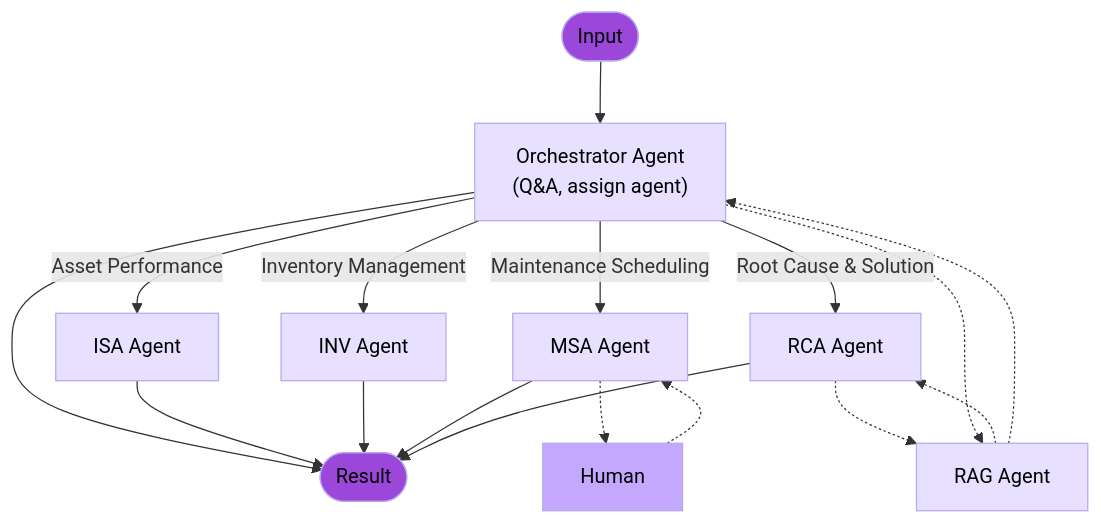
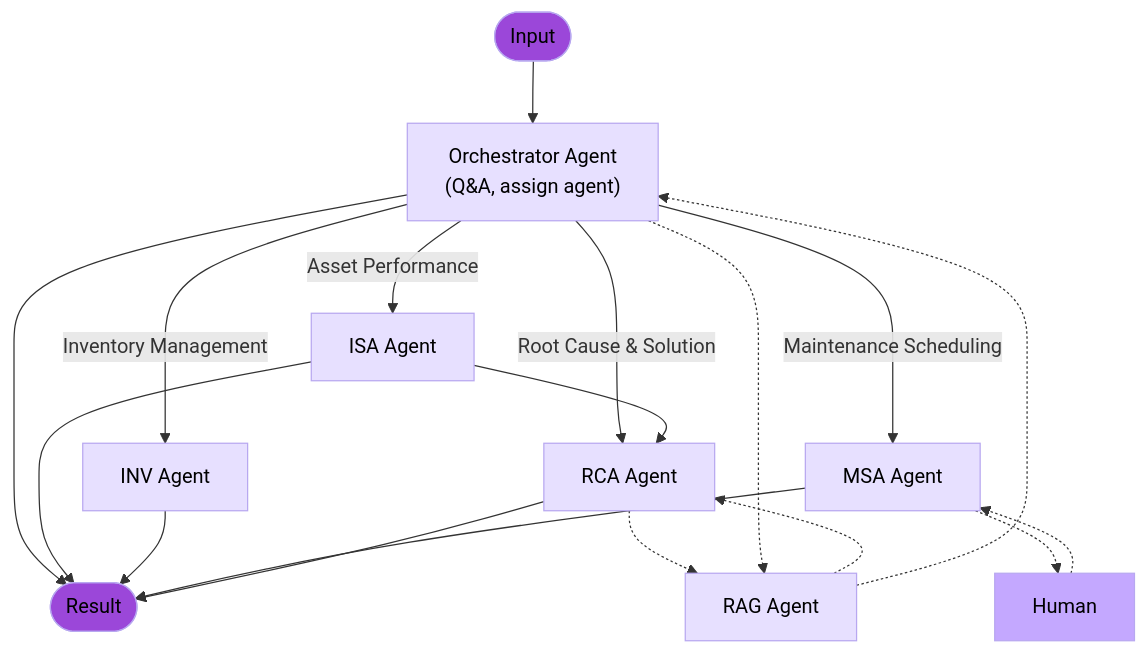
One commit to AaronKHK/AOM-MAS changed the first of 3 diagrams in README.md. Above: the diagram before and after it, drawn with Mermaid. The commit also changed other lines of this file, not shown here.

`````diff
--- a/README.md
+++ b/README.md
@@ -200,45 +224,46 @@
 ```mermaid
 flowchart TD
 
 %% ====== STYLES ======
 classDef agent fill:#e7e0ff,stroke:#b8a8f0,stroke-width:1px,color:#000
 classDef human fill:#c4a8ff,stroke:#b8a8f0,stroke-width:1px,color:#000
 classDef rag fill:#efe6ff,stroke:#b8a8f0,stroke-width:1px,color:#000
 classDef io fill:#9b47d9,stroke:#b8a8f0,stroke-width:1px,color:#000
 
 %% ====== NODES ======
 Input(["Input"]):::io
 
 A["Orchestrator Agent <br/>(Q&A, assign agent)"]:::agent
 B["ISA Agent<br/>"]:::agent
 C["INV Agent <br/>"]:::agent
 D["MSA Agent <br/>"]:::agent
 E["RCA Agent <br/>"]:::agent
 F["RAG Agent <br/>"]:::agent
 
 Human["Human"]:::human
 Result(["Result"]):::io
 
 %% ====== POSITIONING ======
 Input --> A
 A -->|Asset Performance| B
 A -->|Inventory Management| C
 A -->|Maintenance Scheduling| D
 A -->|Root Cause & Solution| E
 
 
 %% human handoff arrows (curved like sketch)
 D -.-> Human
 Human -.-> D
 E -.-> F
 F -.-> E
 A -.-> F
 F -.-> A
 
 %% completion arrows
 A --> Result
 B --> Result
+B --> E
 C --> Result
 D --> Result
 E --> Result
 ````
`````
